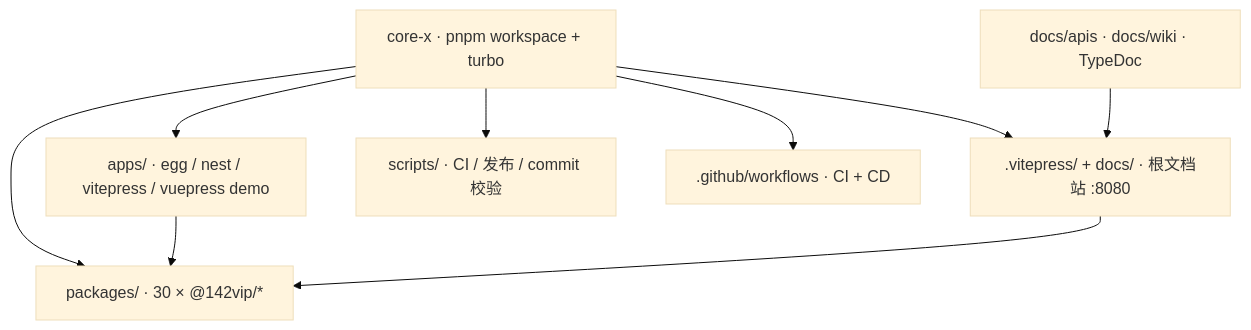
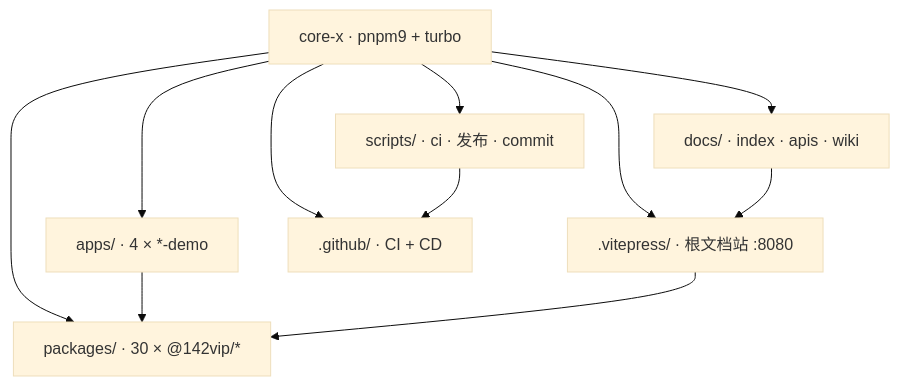
Before and after one commit to 142vip/core-x: the first of 5 diagrams in README.md, drawn with Mermaid (base theme). The commit also changed other lines of this file and 5 other files, not shown here.

````diff
--- a/README.md
+++ b/README.md
@@ -83,20 +89,22 @@
 ```mermaid
 flowchart TB
-  ROOT["core-x · pnpm workspace + turbo"]
+  ROOT["core-x · pnpm9 + turbo"]
 
   PKGS["packages/ · 30 × @142vip/*"]
-  APPS["apps/ · egg / nest / vitepress / vuepress demo"]
-  VP[".vitepress/ + docs/ · 根文档站 :8080"]
-  TDOC["docs/apis · docs/wiki · TypeDoc"]
-  SCR["scripts/ · CI / 发布 / commit 校验"]
-  GHA[".github/workflows · CI + CD"]
+  APPS["apps/ · 4 × *-demo"]
+  VP[".vitepress/ · 根文档站 :8080"]
+  DOCS["docs/ · index · apis · wiki"]
+  SCR["scripts/ · ci · 发布 · commit"]
+  GHA[".github/ · CI + CD"]
 
   ROOT --> PKGS
   ROOT --> APPS
   ROOT --> VP
+  ROOT --> DOCS
   ROOT --> SCR
   ROOT --> GHA
   APPS --> PKGS
   VP --> PKGS
-  TDOC --> VP
+  DOCS --> VP
+  SCR --> GHA
 ```
````
